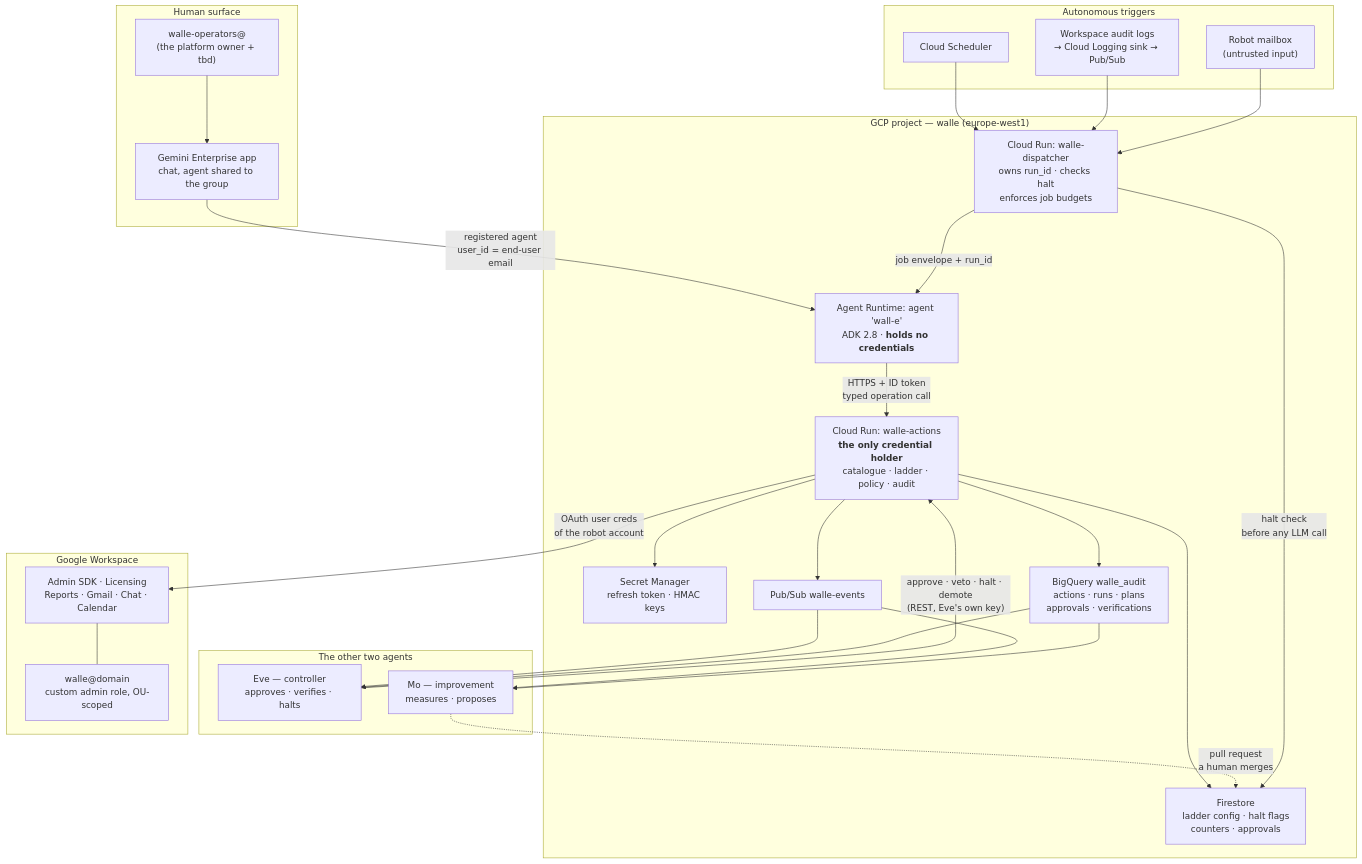
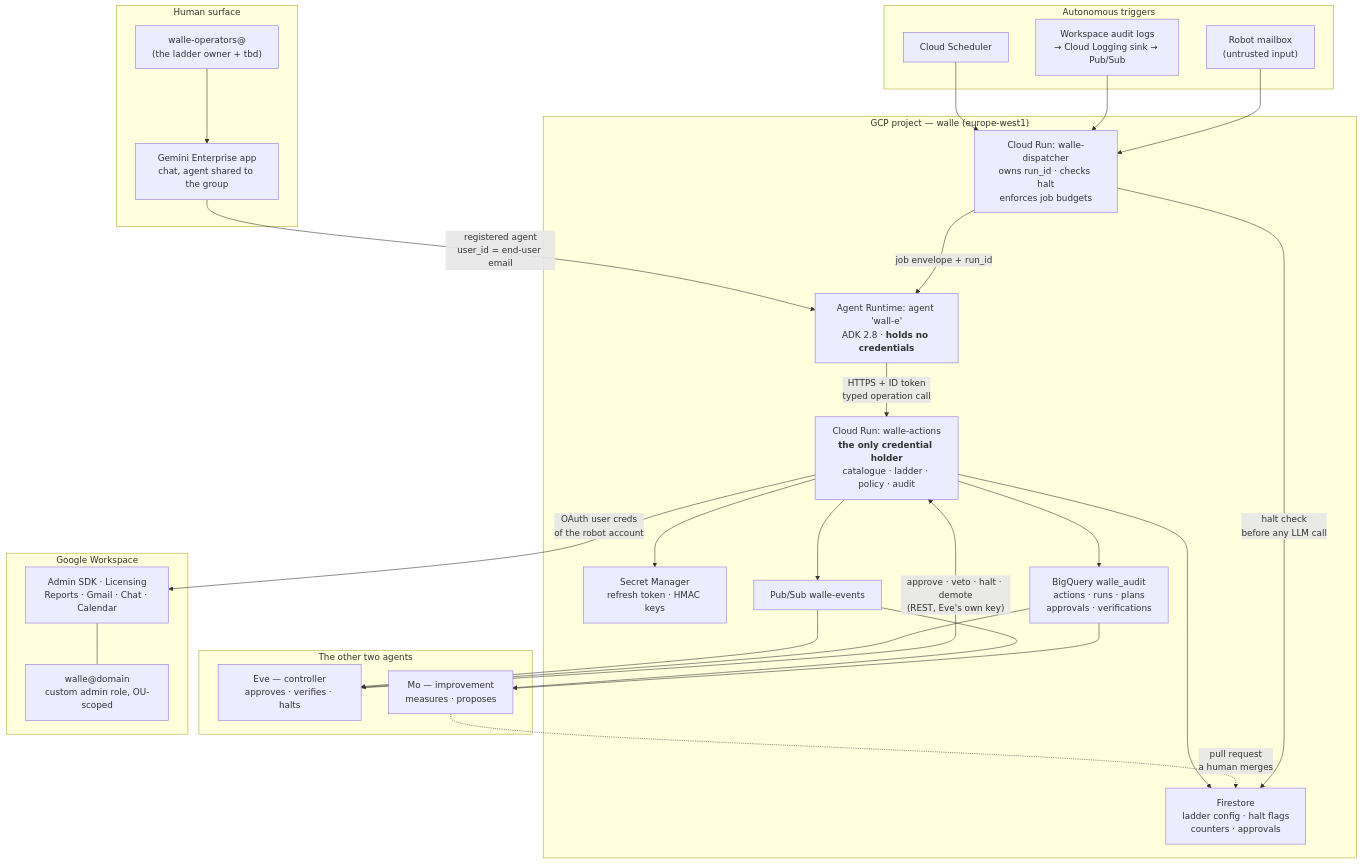
The diagram in platform/wall-e/01-hld.md (jsbdfgidsfg/agentic-platform), drawn with Mermaid before and after one commit. The commit also changed other lines of this file and 15 other files, not shown here.

````diff
--- a/platform/wall-e/01-hld.md
+++ b/platform/wall-e/01-hld.md
@@ -25,54 +25,54 @@
 ```mermaid
 flowchart TB
     subgraph Humans["Human surface"]
-        OP["walle-operators@<br/>(the platform owner + tbd)"]
+        OP["walle-operators@<br/>(the ladder owner + tbd)"]
         GE["Gemini Enterprise app<br/>chat, agent shared to the group"]
     end
 
     subgraph Triggers["Autonomous triggers"]
         SCH["Cloud Scheduler"]
         LOG["Workspace audit logs<br/>→ Cloud Logging sink → Pub/Sub"]
         INB["Robot mailbox<br/>(untrusted input)"]
     end
 
     subgraph GCP["GCP project — walle (europe-west1)"]
         DIS["Cloud Run: walle-dispatcher<br/>owns run_id · checks halt<br/>enforces job budgets"]
         AR["Agent Runtime: agent 'wall-e'<br/>ADK 2.8 · <b>holds no credentials</b>"]
         CR["Cloud Run: walle-actions<br/><b>the only credential holder</b><br/>catalogue · ladder · policy · audit"]
         FS["Firestore<br/>ladder config · halt flags<br/>counters · approvals"]
         SM["Secret Manager<br/>refresh token · HMAC keys"]
         BQ["BigQuery walle_audit<br/>actions · runs · plans<br/>approvals · verifications"]
         PS["Pub/Sub walle-events"]
     end
 
     subgraph Team["The other two agents"]
         EVE["Eve — controller<br/>approves · verifies · halts"]
         MO["Mo — improvement<br/>measures · proposes"]
     end
 
     subgraph WS["Google Workspace"]
         RB["walle@domain<br/>custom admin role, OU-scoped"]
         API["Admin SDK · Licensing<br/>Reports · Gmail · Chat · Calendar"]
     end
 
     OP --> GE
     GE -->|"registered agent<br/>user_id = end-user email"| AR
     SCH --> DIS
     LOG --> DIS
     INB --> DIS
     DIS -->|"job envelope + run_id"| AR
     AR -->|"HTTPS + ID token<br/>typed operation call"| CR
     CR --> FS
     CR --> SM
     CR --> BQ
     CR --> PS
     CR -->|"OAuth user creds<br/>of the robot account"| API
     API --- RB
     PS --> EVE
     PS --> MO
     EVE -->|"approve · veto · halt · demote<br/>(REST, Eve's own key)"| CR
     BQ --> EVE
     BQ --> MO
     MO -.->|"pull request<br/>a human merges"| FS
     DIS -->|"halt check<br/>before any LLM call"| FS
 ```
````
